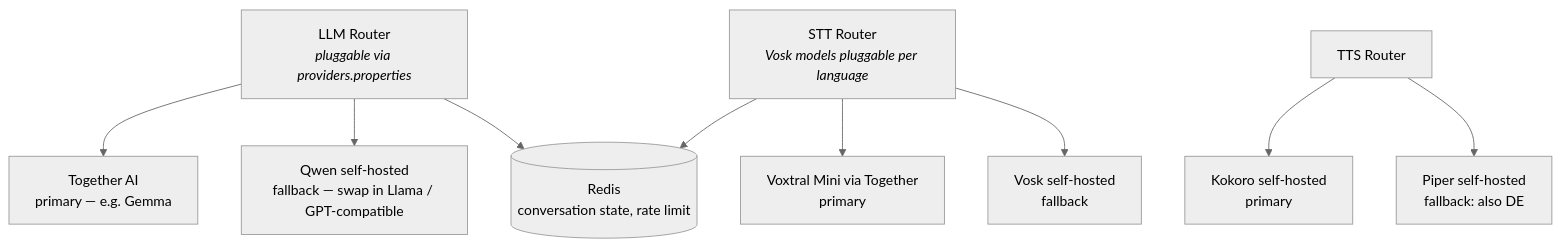
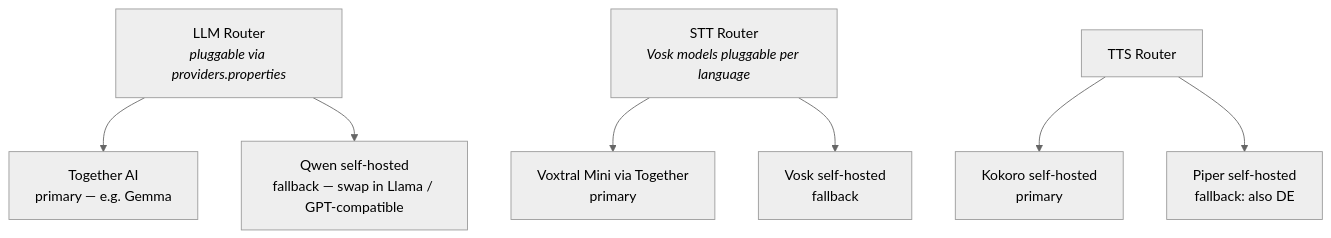
The third of 3 diagrams in README.md (cloud-fullstack/architecture), drawn with Mermaid (neutral theme) before and after one commit. The commit also changed other lines of this file, not shown here.

````diff
--- a/README.md
+++ b/README.md
@@ -79,18 +112,14 @@
 ```mermaid
 graph TB
     LLMR[LLM Router<br/><i>pluggable via providers.properties</i>]
     LLMR --> LLMP1[Together AI<br/>primary — e.g. Gemma]
     LLMR --> LLMP2[Qwen self-hosted<br/>fallback — swap in Llama / GPT-compatible]
-    LLMR --> REDIS
 
     STTR[STT Router<br/><i>Vosk models pluggable per language</i>]
     STTR --> STTP1[Voxtral Mini via Together<br/>primary]
     STTR --> STTP2[Vosk self-hosted<br/>fallback]
-    STTR --> REDIS
 
     TTSR[TTS Router]
     TTSR --> TTSP1[Kokoro self-hosted<br/>primary]
     TTSR --> TTSP2[Piper self-hosted<br/>fallback: also DE]
-
-    REDIS[(Redis<br/>conversation state, rate limit)]
 ```
````
